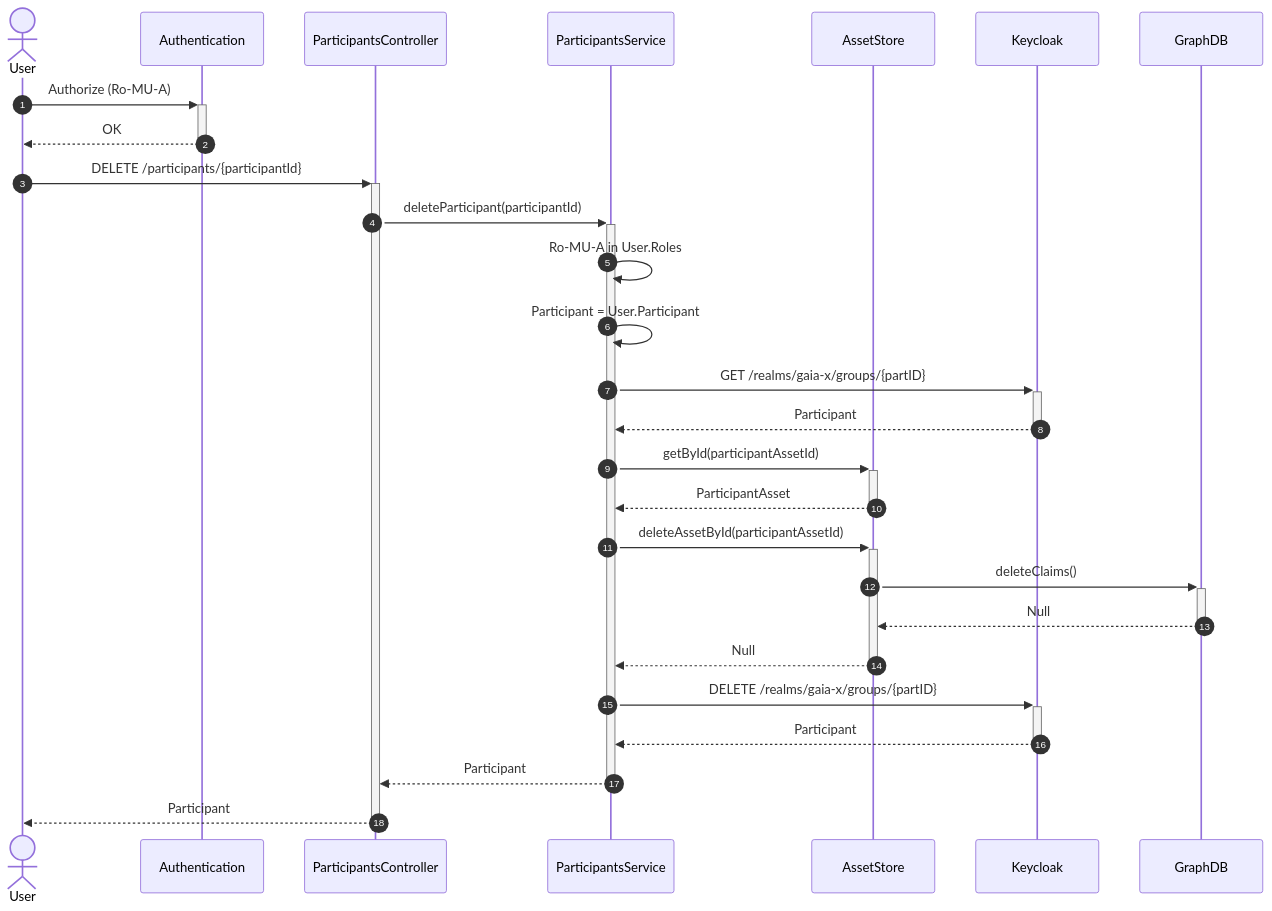
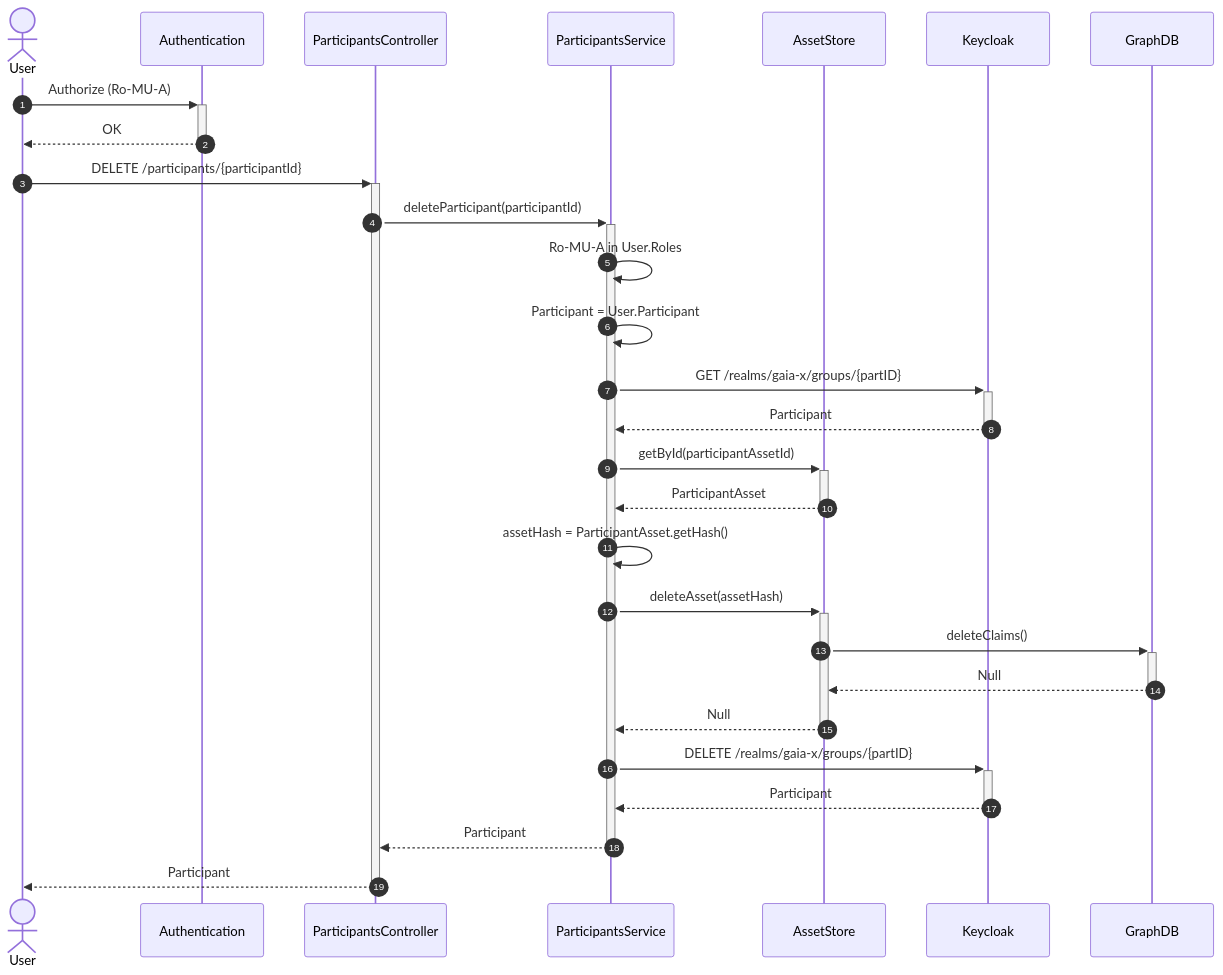
The seventh of 34 diagrams in federated-catalogue/src/docs/architecture/chapters/06_runtime_view.adoc (eclipse-xfsc/docs), drawn with Mermaid before and after one commit. The commit also changed other lines of this file and 2 other files, not shown here.

First line of the commit message:
[CAT-FR-AM-02] hash-based mutation operations exception (ADR 7)

```diff
--- a/federated-catalogue/src/docs/architecture/chapters/06_runtime_view.adoc
+++ b/federated-catalogue/src/docs/architecture/chapters/06_runtime_view.adoc
@@ -253,41 +253,42 @@
 [mermaid, width=2000]
 ....
     sequenceDiagram
         autonumber
         actor User
         participant Auth as Authentication
 
         participant API as ParticipantsController
         participant Parti as ParticipantsService
         participant AssetStore as AssetStore
         participant Keycloak
         participant Graph as GraphDB
 
         User ->> + Auth:Authorize (Ro-MU-A)
         Auth -->> - User:OK
 
         User ->> + API:DELETE /participants/{participantId}
 
         API ->> + Parti: deleteParticipant(participantId)
 
         Parti ->> Parti: Ro-MU-A in User.Roles
         Parti ->> Parti: Participant = User.Participant
 
         Parti ->> + Keycloak: GET /realms/gaia-x/groups/{partID}
         Keycloak -->> - Parti: Participant
 
         Parti ->> + AssetStore: getById(participantAssetId)
         AssetStore -->> - Parti: ParticipantAsset
 
-        Parti ->> + AssetStore: deleteAssetById(participantAssetId)
+        Parti ->> Parti: assetHash = ParticipantAsset.getHash()
+        Parti ->> + AssetStore: deleteAsset(assetHash)
         AssetStore ->> + Graph: deleteClaims()
         Graph -->> - AssetStore:Null
         AssetStore -->> - Parti: Null
 
         Parti ->> + Keycloak: DELETE /realms/gaia-x/groups/{partID}
         Keycloak -->> - Parti: Participant
 
         Parti -->> - API: Participant
 
         API -->> - User: Participant
 ....
```
